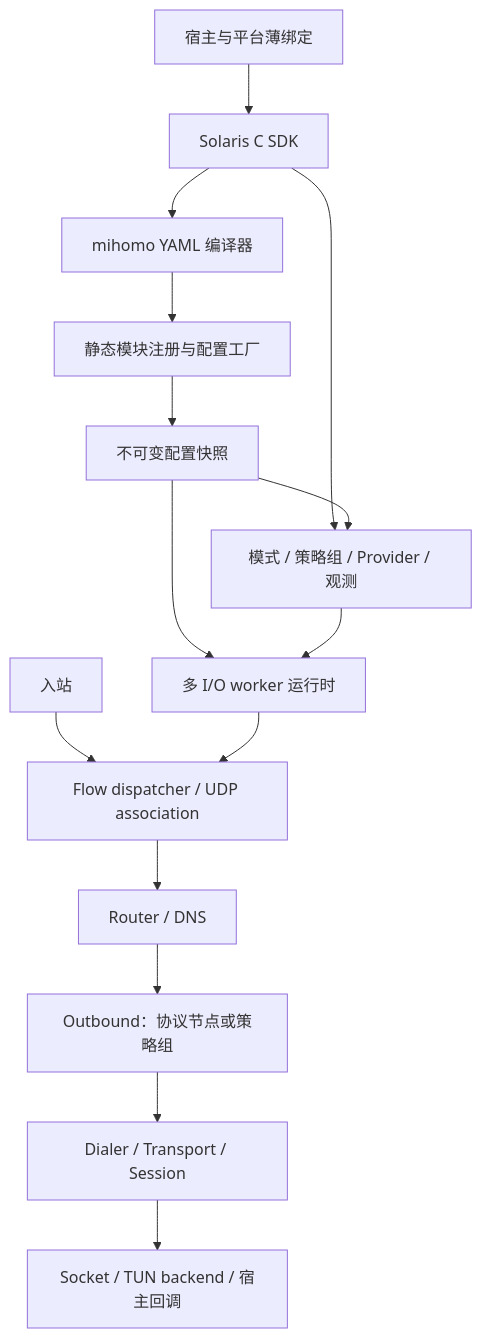
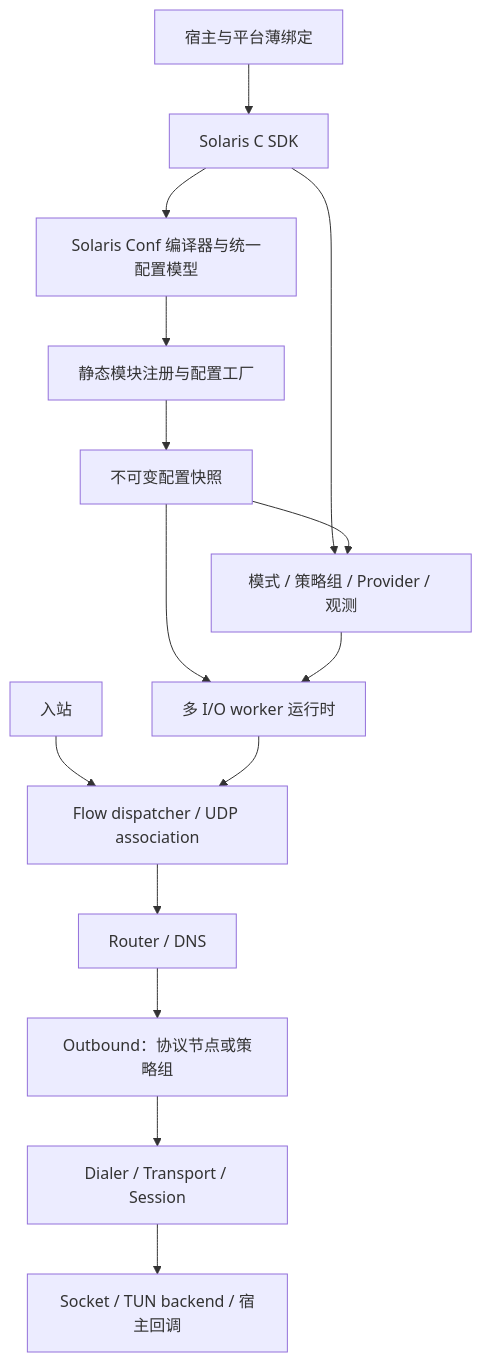
Before and after one commit to Ember-Moth/Solaris-Core: the diagram in docs/development/ARCHITECTURE.md, drawn with Mermaid. The commit also changed other lines of this file and 8 other files, not shown here.

Commit message:
docs: adopt independent core and native conf roadmap

````diff
--- a/docs/development/ARCHITECTURE.md
+++ b/docs/development/ARCHITECTURE.md
@@ -31,17 +33,17 @@
 ```mermaid
 flowchart TD
     Host[宿主与平台薄绑定] --> API[Solaris C SDK]
-    API --> Config[mihomo YAML 编译器]
+    API --> Config[Solaris Conf 编译器与统一配置模型]
     Config --> Registry[静态模块注册与配置工厂]
     Registry --> Snapshot[不可变配置快照]
     API --> Control[模式 / 策略组 / Provider / 观测]
     Snapshot --> Control
     Snapshot --> Workers[多 I/O worker 运行时]
     Control --> Workers
     Inbound[入站] --> Flow[Flow dispatcher / UDP association]
     Flow --> Router[Router / DNS]
     Router --> Outbound[Outbound：协议节点或策略组]
     Outbound --> Services[Dialer / Transport / Session]
     Workers --> Flow
     Services --> Platform[Socket / TUN backend / 宿主回调]
 ```
````
